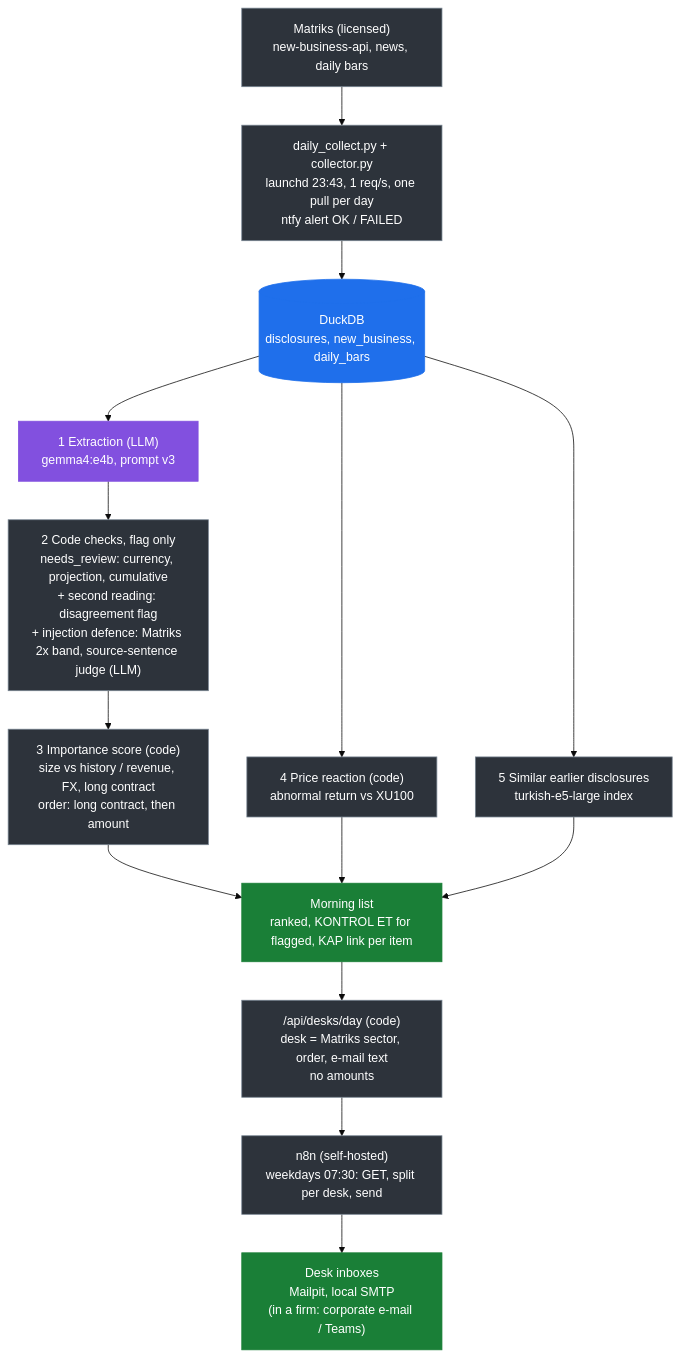
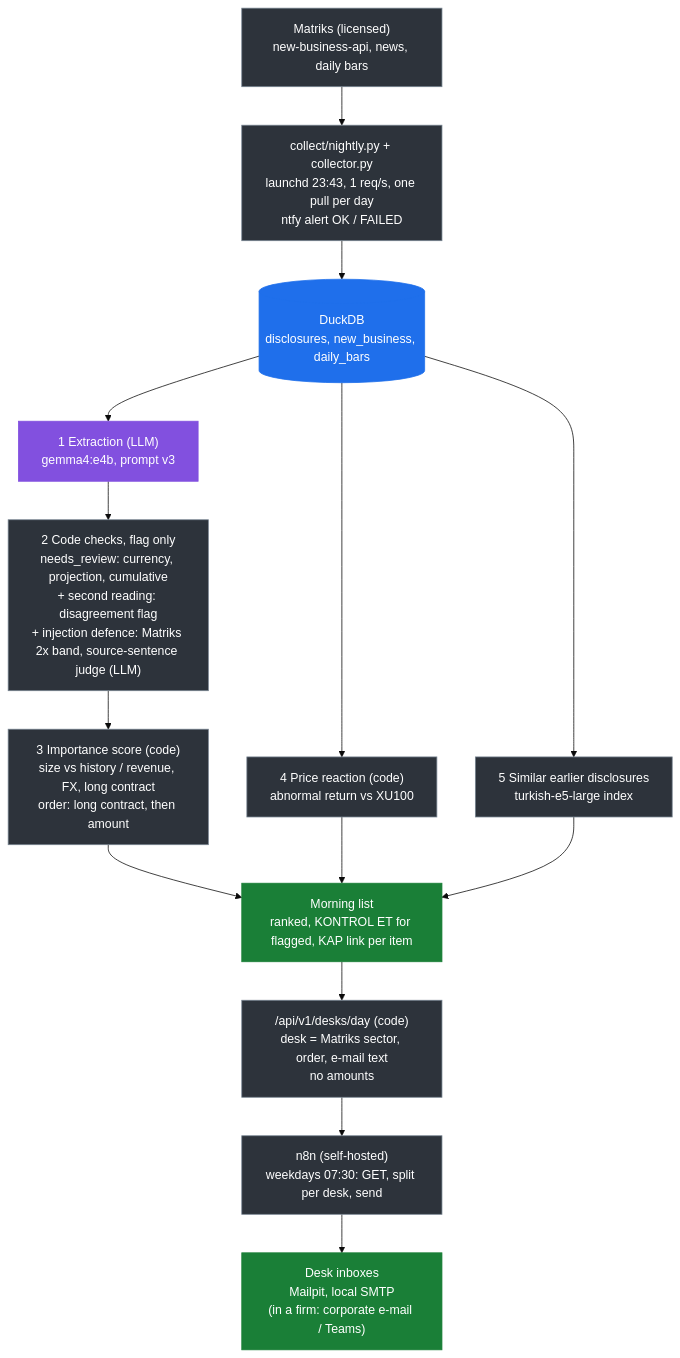
The first of 3 diagrams in docs/architecture.md (sfeyzayildiz/kap-triage), drawn with Mermaid (base theme) before and after one commit. The commit also changed other lines of this file and 6 other files, not shown here.

Commit message:
Living docs for v2: reviewer guide, runbook, docker, n8n guide, architecture and the docs index use the kap_triage/ package and main.py; new v1 → v2 file map; rule files, results and PROJECT_NOTES unchanged (#4)

````diff
--- a/docs/architecture.md
+++ b/docs/architecture.md
@@ -23,28 +25,28 @@
 ```mermaid
 flowchart TD
     classDef store fill:#1f6feb,stroke:#1f6feb,color:#ffffff
     classDef llm fill:#8250df,stroke:#8250df,color:#ffffff
     classDef code fill:#2d333b,stroke:#768390,color:#ffffff
     classDef out fill:#1a7f37,stroke:#1a7f37,color:#ffffff
 
     SRC["Matriks (licensed)<br/>new-business-api, news, daily bars"]:::code
-    COL["daily_collect.py + collector.py<br/>launchd 23:43, 1 req/s, one pull per day<br/>ntfy alert OK / FAILED"]:::code
+    COL["collect/nightly.py + collector.py<br/>launchd 23:43, 1 req/s, one pull per day<br/>ntfy alert OK / FAILED"]:::code
     DB[("DuckDB<br/>disclosures, new_business, daily_bars")]:::store
 
     LLM["1 Extraction (LLM)<br/>gemma4:e4b, prompt v3"]:::llm
     CHK["2 Code checks, flag only<br/>needs_review: currency, projection, cumulative<br/>+ second reading: disagreement flag<br/>+ injection defence: Matriks 2x band, source-sentence judge (LLM)"]:::code
     IMP["3 Importance score (code)<br/>size vs history / revenue, FX, long contract<br/>order: long contract, then amount"]:::code
     PM["4 Price reaction (code)<br/>abnormal return vs XU100"]:::code
     IDX["5 Similar earlier disclosures<br/>turkish-e5-large index"]:::code
 
     MORN["Morning list<br/>ranked, KONTROL ET for flagged, KAP link per item"]:::out
-    API["/api/desks/day (code)<br/>desk = Matriks sector, order, e-mail text<br/>no amounts"]:::code
+    API["/api/v1/desks/day (code)<br/>desk = Matriks sector, order, e-mail text<br/>no amounts"]:::code
     N8N["n8n (self-hosted)<br/>weekdays 07:30: GET, split per desk, send"]:::code
     MAIL["Desk inboxes<br/>Mailpit, local SMTP<br/>(in a firm: corporate e-mail / Teams)"]:::out
 
     SRC --> COL --> DB
     DB --> LLM --> CHK --> IMP --> MORN
     DB --> PM --> MORN
     DB --> IDX --> MORN
     MORN --> API --> N8N --> MAIL
 ```
````
